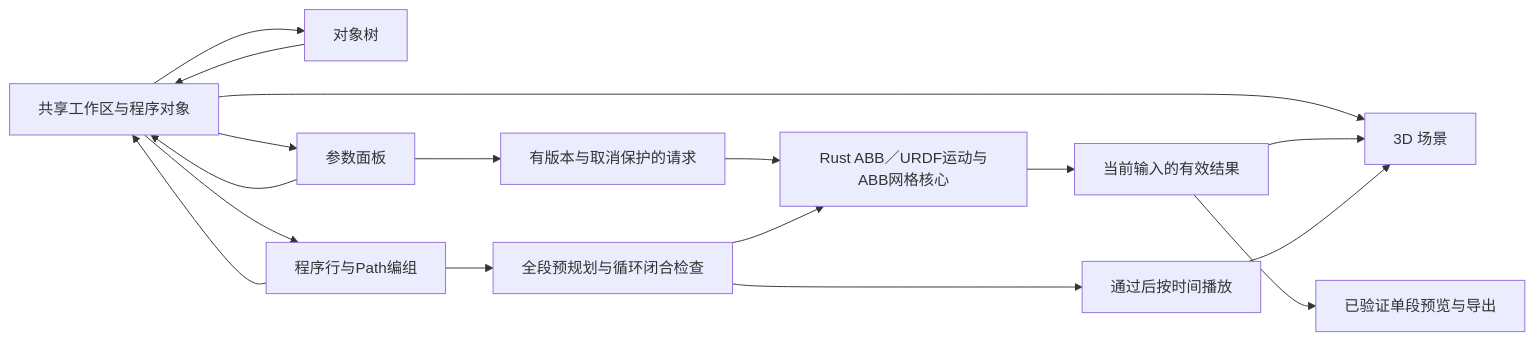
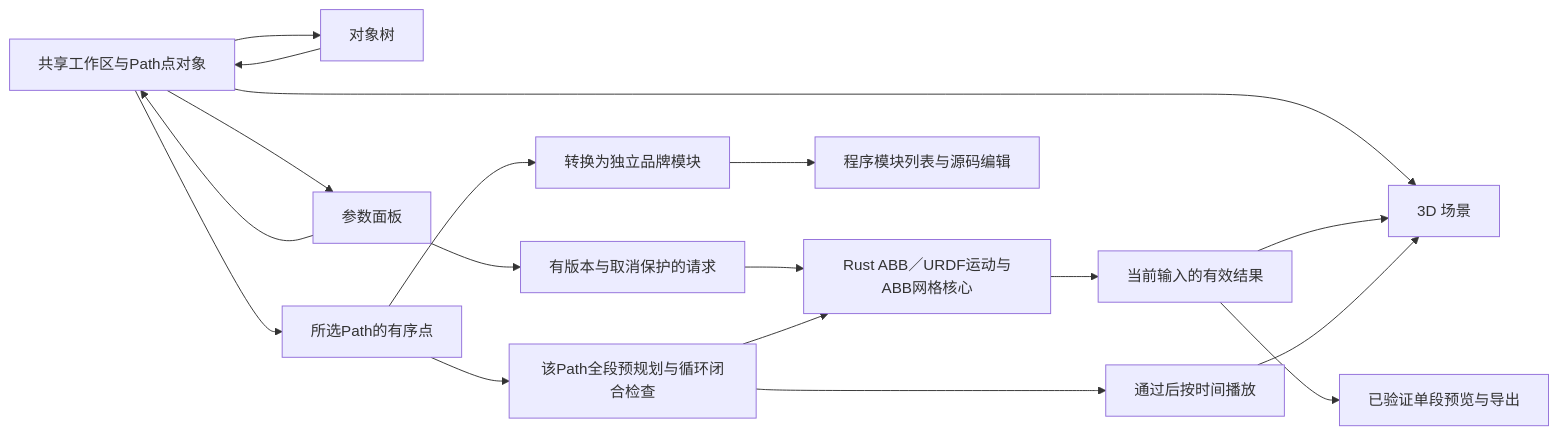
The diagram in docs/workspace-architecture.md (ecojust/emulation), drawn with Mermaid before and after one commit. The commit also changed other lines of this file and 37 other files, not shown here.

````diff
--- a/docs/workspace-architecture.md
+++ b/docs/workspace-architecture.md
@@ -28,19 +30,20 @@
 ```mermaid
 flowchart LR
-    W[共享工作区与程序对象] --> L[对象树]
+    W[共享工作区与Path点对象] --> L[对象树]
     W --> S[3D 场景]
     W --> I[参数面板]
     I --> Q[有版本与取消保护的请求]
     Q --> R[Rust ABB／URDF运动与ABB网格核心]
     R --> V[当前输入的有效结果]
     V --> S
-    W --> P[程序行与Path编组]
-    P --> W
-    P --> T[全段预规划与循环闭合检查]
+    W --> P[所选Path的有序点]
+    P --> M[转换为独立品牌模块]
+    M --> C[程序模块列表与源码编辑]
+    P --> T[该Path全段预规划与循环闭合检查]
     T --> R
     T --> A[通过后按时间播放]
     A --> S
     V --> E[已验证单段预览与导出]
     I --> W
     L --> W
 ```
````
